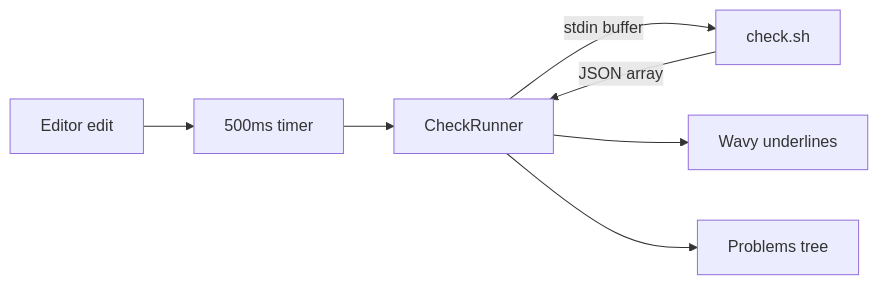
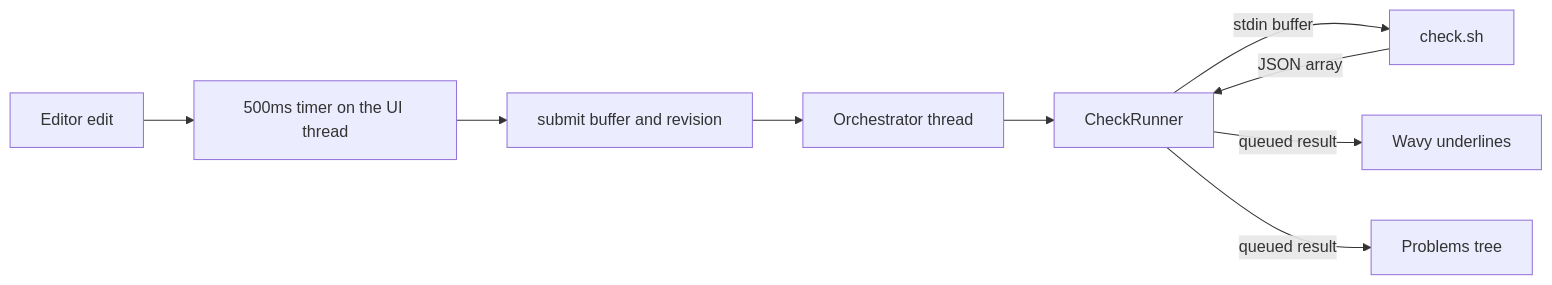
One commit to chrisaliotta/CRLF changed the diagram in docs/diagnostics.md. Above: the diagram before and after it, drawn with Mermaid. The commit also changed other lines of this file and 38 other files, not shown here.

````diff
--- a/docs/diagnostics.md
+++ b/docs/diagnostics.md
@@ -28,9 +28,11 @@
 ```mermaid
 flowchart LR
-  edit[Editor edit] --> debounce[500ms timer]
-  debounce --> runner[CheckRunner]
+  edit[Editor edit] --> debounce[500ms timer on the UI thread]
+  debounce --> submit[submit buffer and revision]
+  submit --> orch[Orchestrator thread]
+  orch --> runner[CheckRunner]
   runner -->|stdin buffer| script[check.sh]
   script -->|JSON array| runner
-  runner --> marks[Wavy underlines]
-  runner --> tree[Problems tree]
+  runner -->|queued result| marks[Wavy underlines]
+  runner -->|queued result| tree[Problems tree]
 ```
````
